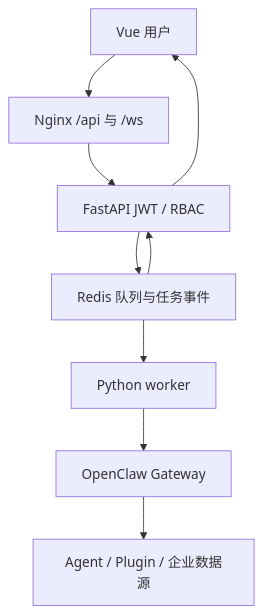
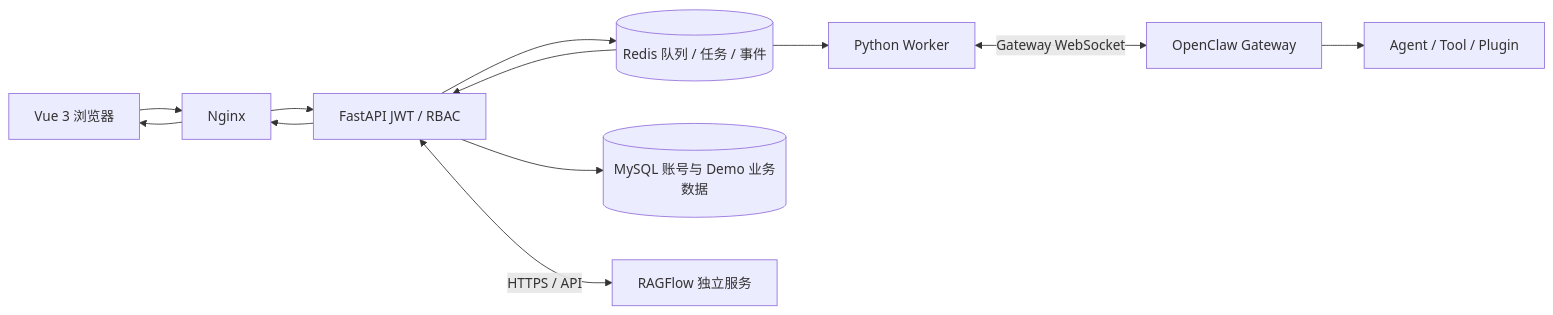
Before and after one commit to huipeng738-gif/openclaw-enterprise-platform: the diagram in README.md, drawn with Mermaid. The commit also changed other lines of this file and 31 other files, not shown here.

````diff
--- a/README.md
+++ b/README.md
@@ -11,11 +53,14 @@
 ```mermaid
-flowchart TD
-  A["Vue 用户"] --> B["Nginx /api 与 /ws"]
-  B --> C["FastAPI JWT / RBAC"]
-  C --> D["Redis 队列与任务事件"]
-  D --> E["Python worker"]
-  E --> F["OpenClaw Gateway"]
-  F --> G["Agent / Plugin / 企业数据源"]
-  D --> C
-  C --> A
+flowchart LR
+  U[Vue 3 浏览器] --> N[Nginx]
+  N --> A[FastAPI JWT / RBAC]
+  A --> R[(Redis 队列 / 任务 / 事件)]
+  R --> W[Python Worker]
+  W <-->|Gateway WebSocket| G[OpenClaw Gateway]
+  G --> AG[Agent / Tool / Plugin]
+  A --> M[(MySQL 账号与 Demo 业务数据)]
+  A <-->|HTTPS / API| RF[RAGFlow 独立服务]
+  R --> A
+  A --> N
+  N --> U
 ```
````
